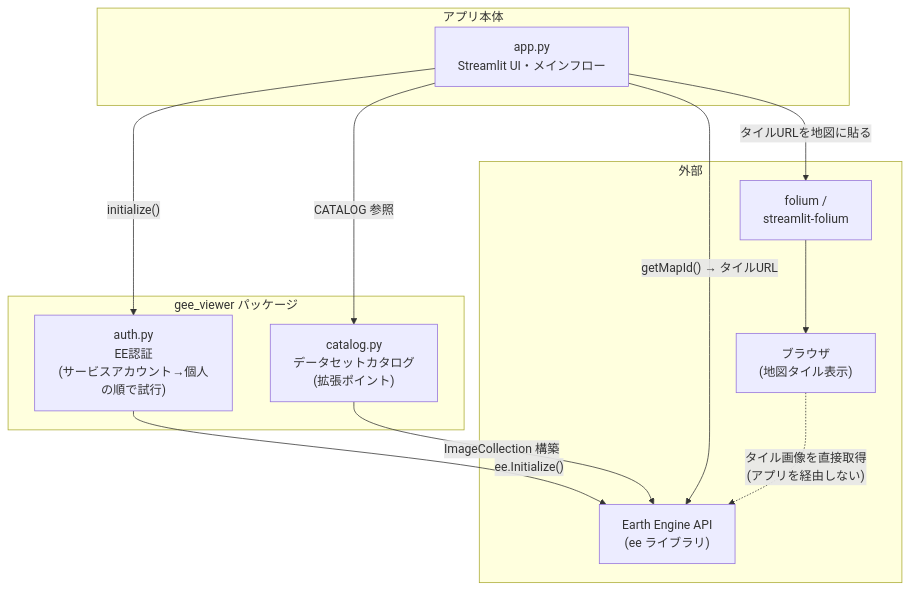
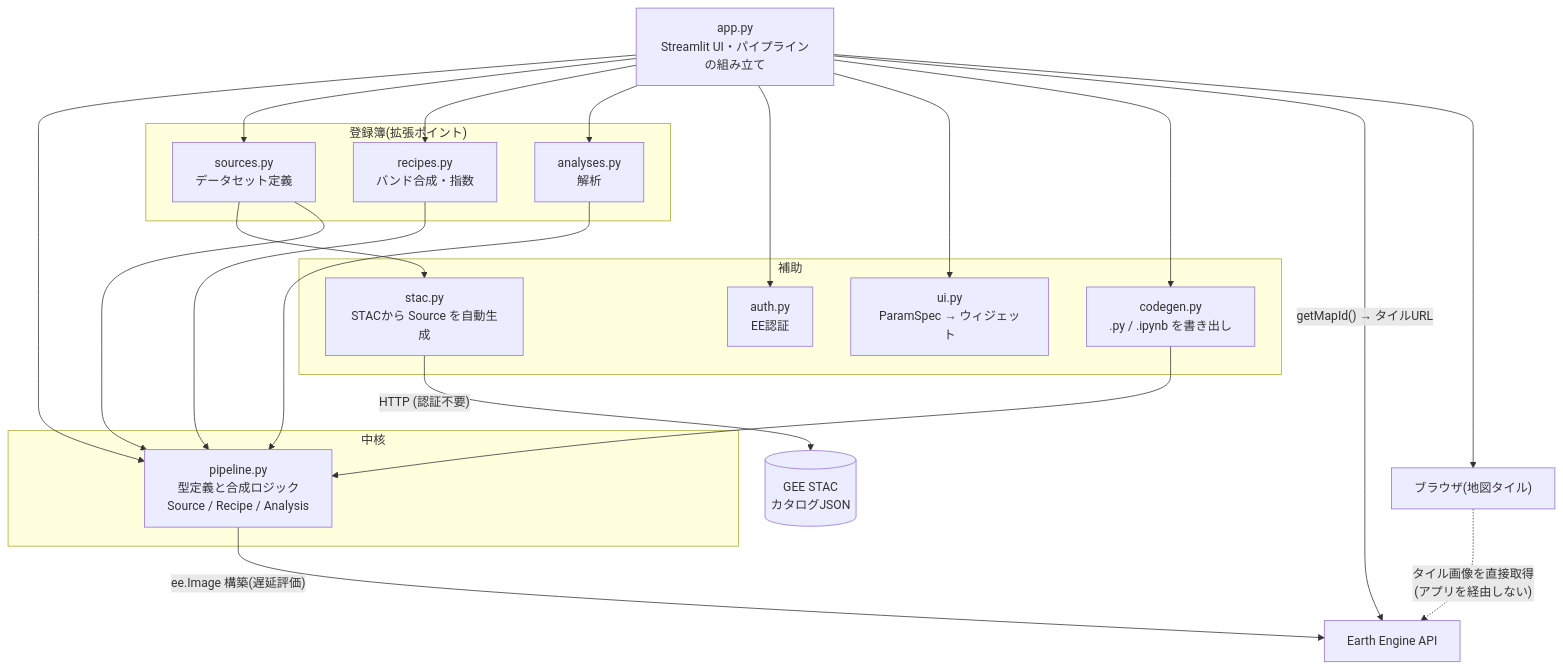
The second of 6 diagrams in docs/architecture.md (yoshida-shinnosuke/gee-viewer-fix), drawn with Mermaid before and after one commit. The commit also changed other lines of this file and 12 other files, not shown here.

First line of the commit message:
Rebuild pipeline as composable Source/Recipe/Analysis architecture

````diff
--- a/docs/architecture.md
+++ b/docs/architecture.md
@@ -9,26 +46,36 @@
 ```mermaid
 flowchart TB
-    subgraph アプリ本体
-        app["app.py<br/>Streamlit UI・メインフロー"]
+    app["app.py<br/>Streamlit UI・パイプラインの組み立て"]
+
+    subgraph 中核
+        pipeline["pipeline.py<br/>型定義と合成ロジック<br/>Source / Recipe / Analysis"]
     end
 
-    subgraph gee_viewer パッケージ
-        auth["auth.py<br/>EE認証<br/>(サービスアカウント→個人の順で試行)"]
-        catalog["catalog.py<br/>データセットカタログ<br/>(拡張ポイント)"]
+    subgraph 登録簿 ["登録簿(拡張ポイント)"]
+        sources["sources.py<br/>データセット定義"]
+        recipes["recipes.py<br/>バンド合成・指数"]
+        analyses["analyses.py<br/>解析"]
     end
 
-    subgraph 外部
-        ee_api["Earth Engine API<br/>(ee ライブラリ)"]
-        folium_lib["folium /<br/>streamlit-folium"]
-        browser["ブラウザ<br/>(地図タイル表示)"]
+    subgraph 補助
+        auth["auth.py<br/>EE認証"]
+        stac["stac.py<br/>STACから Source を自動生成"]
+        uimod["ui.py<br/>ParamSpec → ウィジェット"]
+        codegen["codegen.py<br/>.py / .ipynb を書き出し"]
     end
 
-    app -->|"initialize()"| auth
-    app -->|"CATALOG 参照"| catalog
-    auth -->|"ee.Initialize()"| ee_api
-    catalog -->|"ImageCollection 構築"| ee_api
+    ee_api["Earth Engine API"]
+    browser["ブラウザ(地図タイル)"]
+
+    app --> pipeline
+    app --> sources & recipes & analyses
+    app --> auth & uimod & codegen
+    sources --> stac
+    codegen --> pipeline
+    sources & recipes & analyses --> pipeline
+    stac -->|"HTTP (認証不要)"| stac_json[("GEE STAC<br/>カタログJSON")]
+    pipeline -->|"ee.Image 構築(遅延評価)"| ee_api
     app -->|"getMapId() → タイルURL"| ee_api
-    app -->|"タイルURLを地図に貼る"| folium_lib
-    folium_lib --> browser
+    app --> browser
     browser -.->|"タイル画像を直接取得<br/>(アプリを経由しない)"| ee_api
 ```
````
